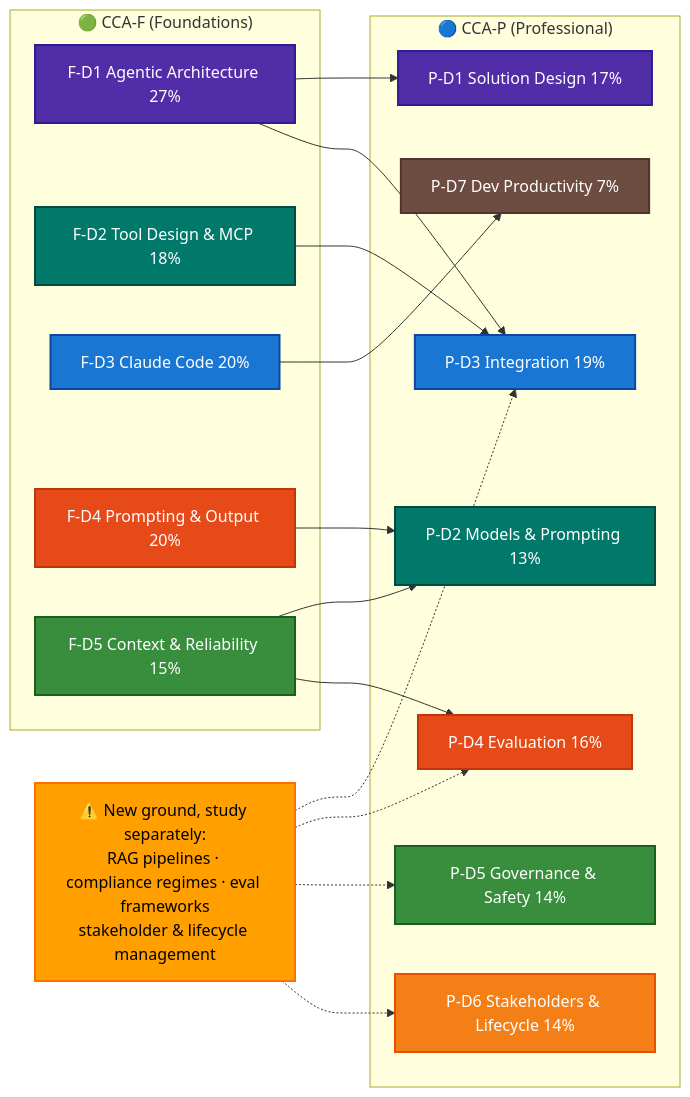
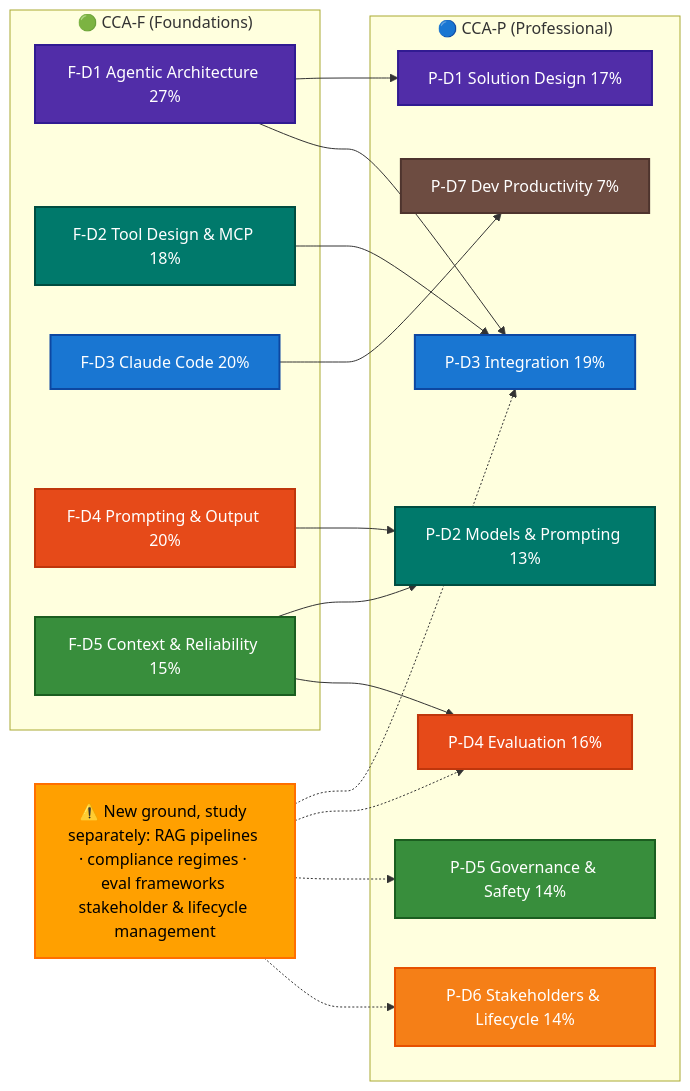
The third of 4 diagrams in README.md (parmar-m/claude-architect-certification-prep), drawn with Mermaid before and after one commit. The commit also changed other lines of this file and 25 other files, not shown here.

````diff
--- a/README.md
+++ b/README.md
@@ -80,57 +79,57 @@
 ```mermaid
 flowchart LR
     subgraph F["🟢 CCA-F (Foundations)"]
         F1["F-D1 Agentic Architecture 27%"]
         F2["F-D2 Tool Design & MCP 18%"]
         F3["F-D3 Claude Code 20%"]
         F4["F-D4 Prompting & Output 20%"]
         F5["F-D5 Context & Reliability 15%"]
     end
     subgraph P["🔵 CCA-P (Professional)"]
         P1["P-D1 Solution Design 17%"]
         P2["P-D2 Models & Prompting 13%"]
         P3["P-D3 Integration 19%"]
         P4["P-D4 Evaluation 16%"]
         P5["P-D5 Governance & Safety 14%"]
         P6["P-D6 Stakeholders & Lifecycle 14%"]
         P7["P-D7 Dev Productivity 7%"]
     end
     F1 --> P1
     F1 --> P3
     F2 --> P3
     F4 --> P2
     F5 --> P2
     F5 --> P4
     F3 --> P7
-    NEW["⚠️ New ground, study separately:<br/>RAG pipelines · compliance regimes · eval frameworks<br/>stakeholder & lifecycle management"]
+    NEW["⚠️ New ground, study separately: RAG pipelines · compliance regimes · eval frameworks stakeholder & lifecycle management"]
     NEW -.-> P3
     NEW -.-> P4
     NEW -.-> P5
     NEW -.-> P6
     classDef f1 fill:#512DA8,color:#fff,stroke:#311B92,stroke-width:2px
     classDef f2 fill:#00796B,color:#fff,stroke:#004D40,stroke-width:2px
     classDef f3 fill:#1976D2,color:#fff,stroke:#0D47A1,stroke-width:2px
     classDef f4 fill:#E64A19,color:#fff,stroke:#BF360C,stroke-width:2px
     classDef f5 fill:#388E3C,color:#fff,stroke:#1B5E20,stroke-width:2px
     classDef p1 fill:#512DA8,color:#fff,stroke:#311B92,stroke-width:2px
     classDef p2 fill:#00796B,color:#fff,stroke:#004D40,stroke-width:2px
     classDef p3 fill:#1976D2,color:#fff,stroke:#0D47A1,stroke-width:2px
     classDef p4 fill:#E64A19,color:#fff,stroke:#BF360C,stroke-width:2px
     classDef p5 fill:#388E3C,color:#fff,stroke:#1B5E20,stroke-width:2px
     classDef p6 fill:#F57F17,color:#fff,stroke:#E65100,stroke-width:2px
     classDef p7 fill:#6D4C41,color:#fff,stroke:#4E342E,stroke-width:2px
     classDef warn fill:#FFA000,color:#000,stroke:#FF6F00,stroke-width:2px
     class F1 f1
     class F2 f2
     class F3 f3
     class F4 f4
     class F5 f5
     class P1 p1
     class P2 p2
     class P3 p3
     class P4 p4
     class P5 p5
     class P6 p6
     class P7 p7
     class NEW warn
 ```
````
